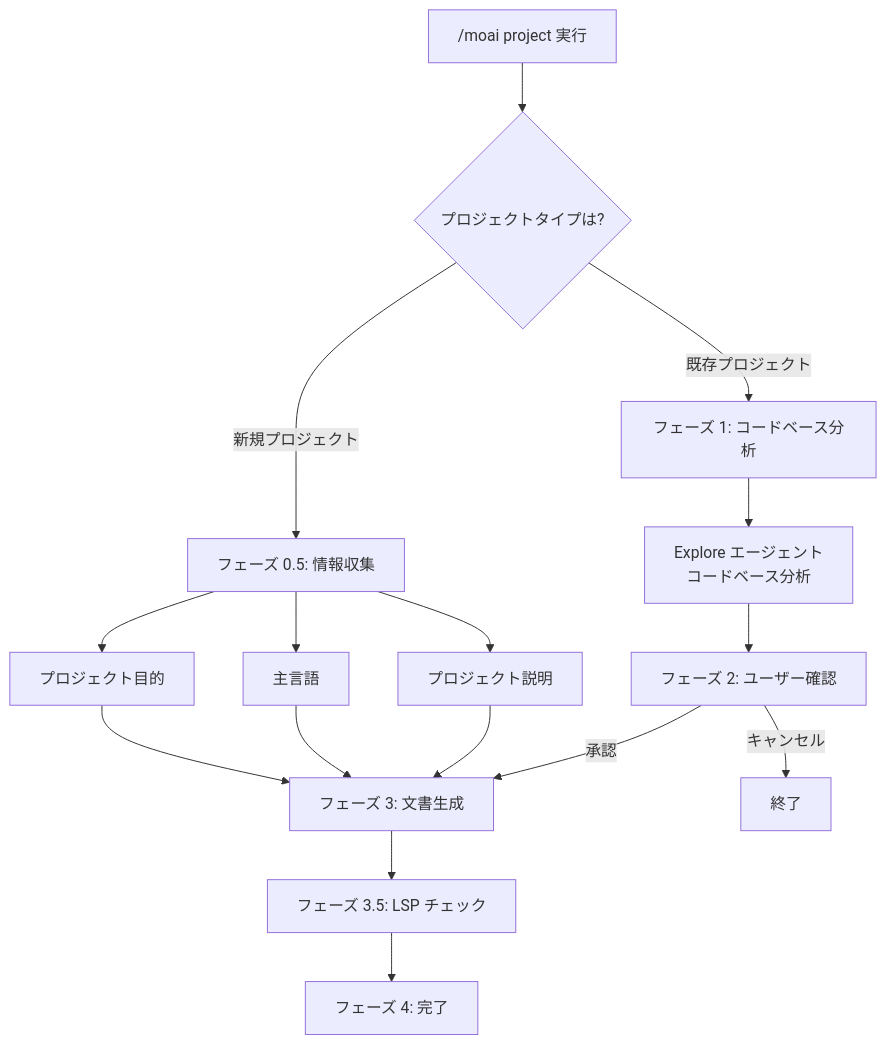
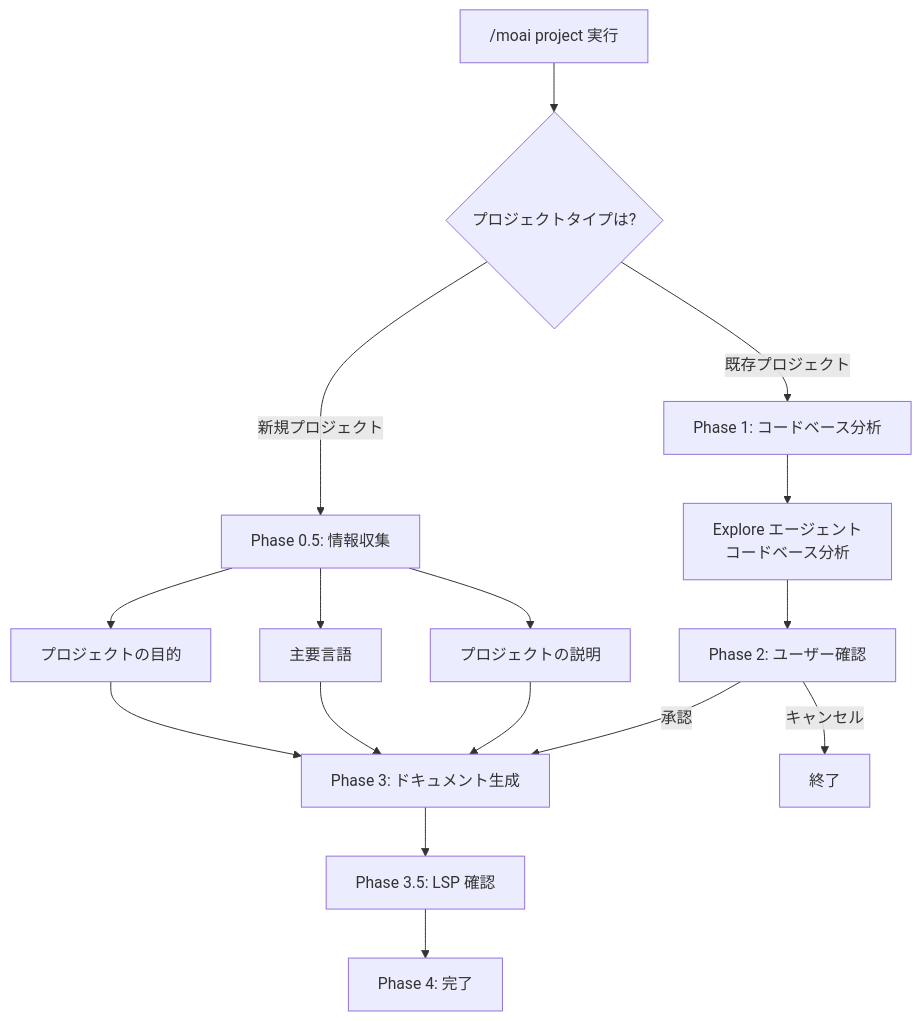
The first of 2 diagrams in docs-site/content/ja/workflow-commands/moai-project.md (modu-ai/moai-adk), drawn with Mermaid before and after one commit. The commit also changed other lines of this file and 395 other files, not shown here.

````diff
--- a/docs-site/content/ja/workflow-commands/moai-project.md
+++ b/docs-site/content/ja/workflow-commands/moai-project.md
@@ -92,24 +97,24 @@
 ```mermaid
 flowchart TD
     Start["/moai project 実行"] --> Q1{プロジェクトタイプは?}
 
-    Q1 -->|新規プロジェクト| New["フェーズ 0.5: 情報収集"]
-    Q1 -->|既存プロジェクト| Exist["フェーズ 1: コードベース分析"]
+    Q1 -->|新規プロジェクト| New["Phase 0.5: 情報収集"]
+    Q1 -->|既存プロジェクト| Exist["Phase 1: コードベース分析"]
 
-    New --> NewQ["プロジェクト目的"]
-    New --> NewL["主言語"]
-    New --> NewD["プロジェクト説明"]
+    New --> NewQ["プロジェクトの目的"]
+    New --> NewL["主要言語"]
+    New --> NewD["プロジェクトの説明"]
 
-    NewQ --> Gen["フェーズ 3: 文書生成"]
+    NewQ --> Gen["Phase 3: ドキュメント生成"]
     NewL --> Gen
     NewD --> Gen
 
     Exist --> Exp["Explore エージェント<br/>コードベース分析"]
-    Exp --> Conf["フェーズ 2: ユーザー確認"]
+    Exp --> Conf["Phase 2: ユーザー確認"]
 
     Conf -->|承認| Gen
     Conf -->|キャンセル| End["終了"]
 
-    Gen --> LSP["フェーズ 3.5: LSP チェック"]
-    LSP --> Complete["フェーズ 4: 完了"]
+    Gen --> LSP["Phase 3.5: LSP 確認"]
+    LSP --> Complete["Phase 4: 完了"]
 ```
````
